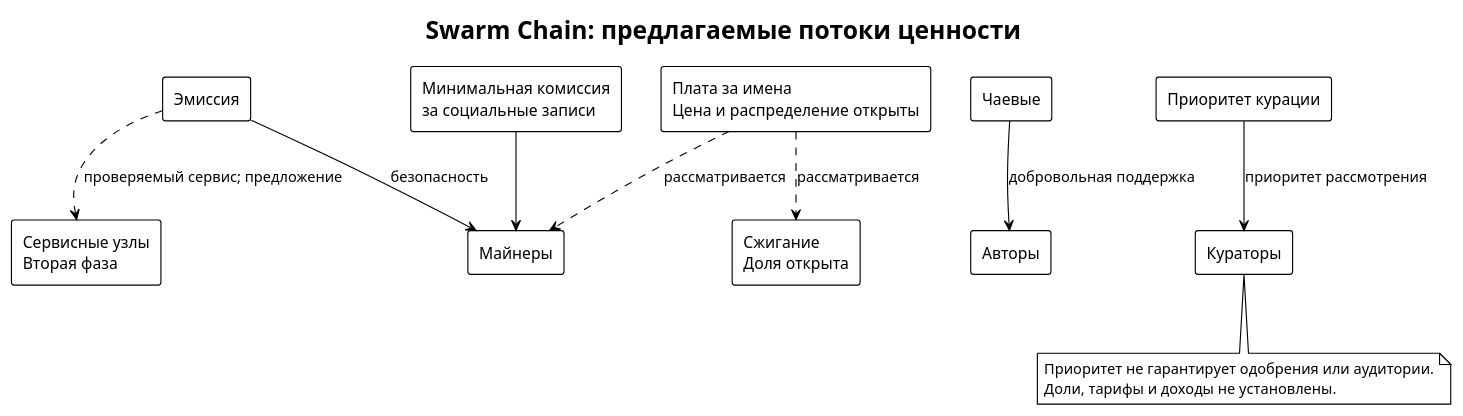
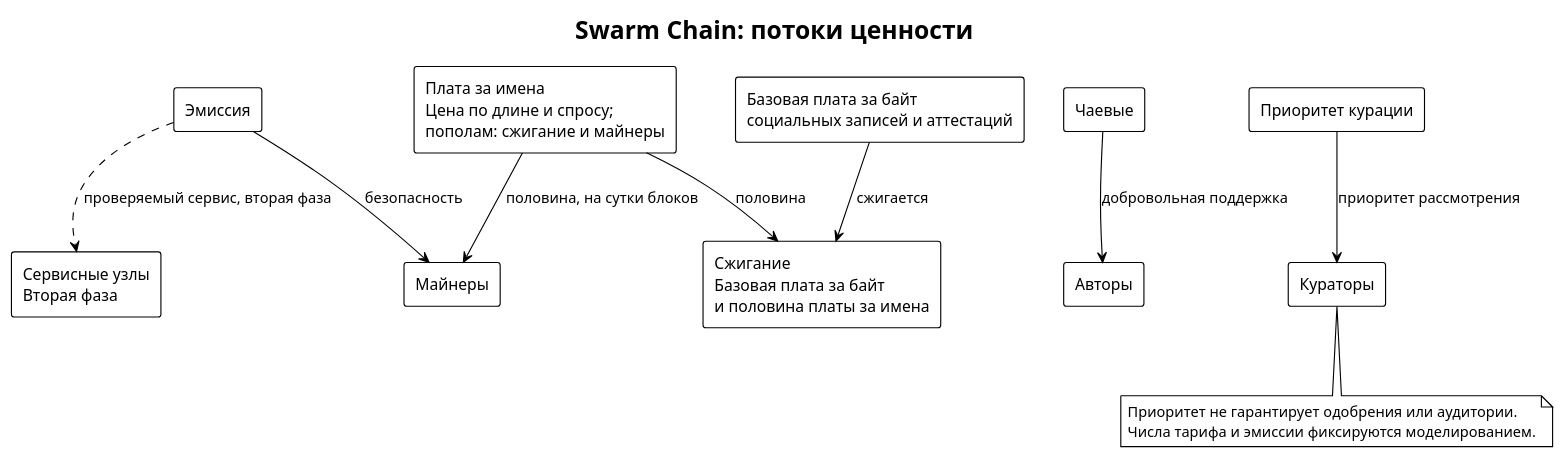
The diagram in book/src/economy.puml (relux-works/swarma-docs), drawn with PlantUML before and after one commit. The commit also changed 51 other files, not shown here.

```diff
--- a/book/src/economy.puml
+++ b/book/src/economy.puml
@@ -1,27 +1,27 @@
 @startuml economy
 !theme plain
 skinparam defaultFontName "PT Sans"
 skinparam shadowing false
-title Swarm Chain: предлагаемые потоки ценности
+title Swarm Chain: потоки ценности
 rectangle "Эмиссия" as E
-rectangle "Плата за имена\nЦена и распределение открыты" as N
-rectangle "Минимальная комиссия\nза социальные записи" as T
+rectangle "Плата за имена\nЦена по длине и спросу;\nпополам: сжигание и майнеры" as N
+rectangle "Базовая плата за байт\nсоциальных записей и аттестаций" as T
 rectangle "Чаевые" as TIP
 rectangle "Приоритет курации" as PRI
 rectangle "Майнеры" as M
-rectangle "Сжигание\nДоля открыта" as B
+rectangle "Сжигание\nБазовая плата за байт\nи половина платы за имена" as B
 rectangle "Сервисные узлы\nВторая фаза" as S
 rectangle "Авторы" as A
 rectangle "Кураторы" as K
 E --> M : безопасность
-E ..> S : проверяемый сервис; предложение
-N ..> B : рассматривается
-N ..> M : рассматривается
-T --> M
+E ..> S : проверяемый сервис, вторая фаза
+N --> B : половина
+N --> M : половина, на сутки блоков
+T --> B : сжигается
 TIP --> A : добровольная поддержка
 PRI --> K : приоритет рассмотрения
 note bottom of K
   Приоритет не гарантирует одобрения или аудитории.
-  Доли, тарифы и доходы не установлены.
+  Числа тарифа и эмиссии фиксируются моделированием.
 end note
 @enduml
```
